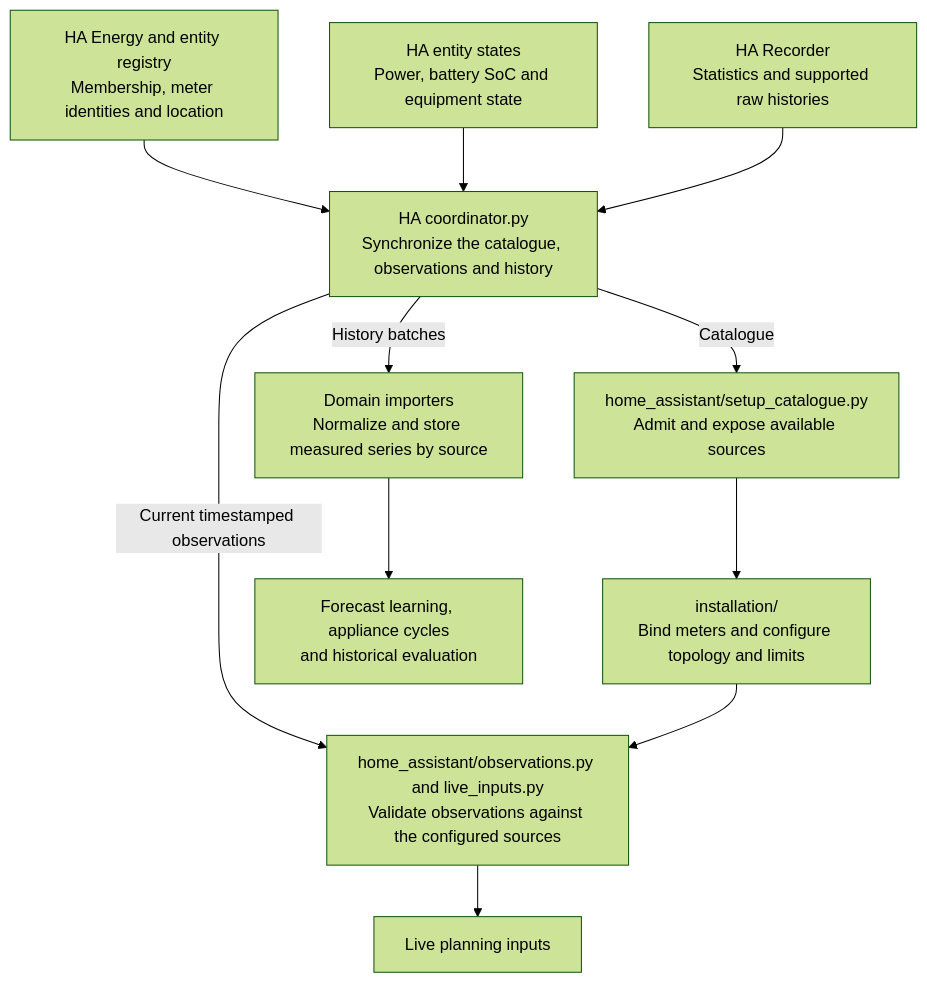
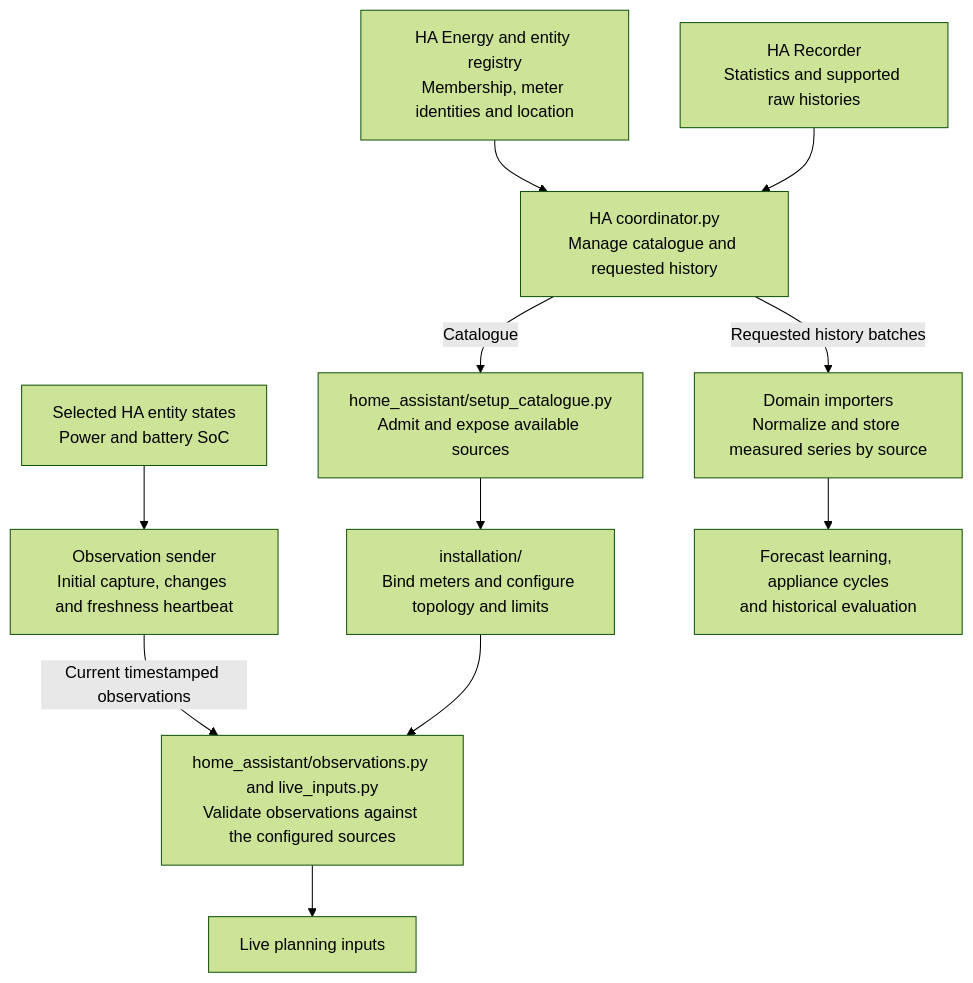
The second of 8 diagrams in docs/development/ARCHITECTURE-OVERVIEW.md (patrickvorgers/open-energy-planner), drawn with Mermaid (forest theme) before and after one commit. The commit also changed other lines of this file and 13 other files, not shown here.

````diff
--- a/docs/development/ARCHITECTURE-OVERVIEW.md
+++ b/docs/development/ARCHITECTURE-OVERVIEW.md
@@ -77,15 +77,15 @@
 ```mermaid
 flowchart TD
     accTitle: Home Assistant source and measurement flow
-    accDescr: The HA integration sends source membership, live observations and bounded historical batches to separate app owners. Installation configuration binds sources and gives them a planning role.
-    ENERGY["HA Energy and entity registry<br/>Membership, meter identities and location"] --> HA["HA coordinator.py<br/>Synchronize the catalogue, observations and history"]
-    STATES["HA entity states<br/>Power, battery SoC and equipment state"] --> HA
+    accDescr: Home Assistant pushes coalesced, timestamped captures of selected sources and independently responds to app requests for bounded Recorder history. App services own admission and planning roles.
+    ENERGY["HA Energy and entity registry<br/>Membership, meter identities and location"] --> HA["HA coordinator.py<br/>Manage catalogue and requested history"]
+    STATES["Selected HA entity states<br/>Power and battery SoC"] --> PUSH["Observation sender<br/>Initial capture, changes and freshness heartbeat"]
     RECORDER["HA Recorder<br/>Statistics and supported raw histories"] --> HA
     HA -->|Catalogue| CATALOGUE["home_assistant/setup_catalogue.py<br/>Admit and expose available sources"]
-    HA -->|Current timestamped observations| OBS["home_assistant/observations.py and live_inputs.py<br/>Validate observations against the configured sources"]
-    HA -->|History batches| HIST["Domain importers<br/>Normalize and store measured series by source"]
+    PUSH -->|Current timestamped observations| OBS["home_assistant/observations.py and live_inputs.py<br/>Validate observations against the configured sources"]
+    HA -->|Requested history batches| HIST["Domain importers<br/>Normalize and store measured series by source"]
     CATALOGUE --> CONFIG["installation/<br/>Bind meters and configure topology and limits"]
     CONFIG --> OBS
     OBS --> LIVE["Live planning inputs"]
     HIST --> DOWNSTREAM["Forecast learning, appliance cycles<br/>and historical evaluation"]
 ```
````
